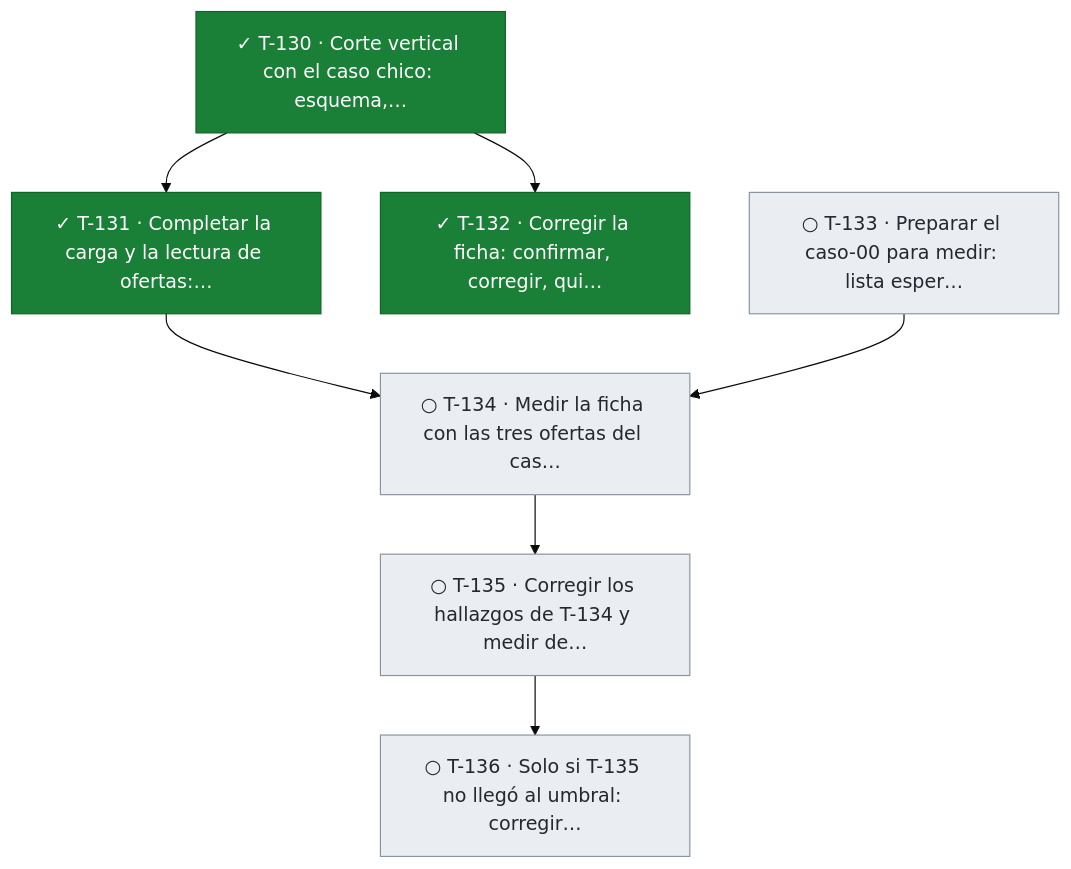
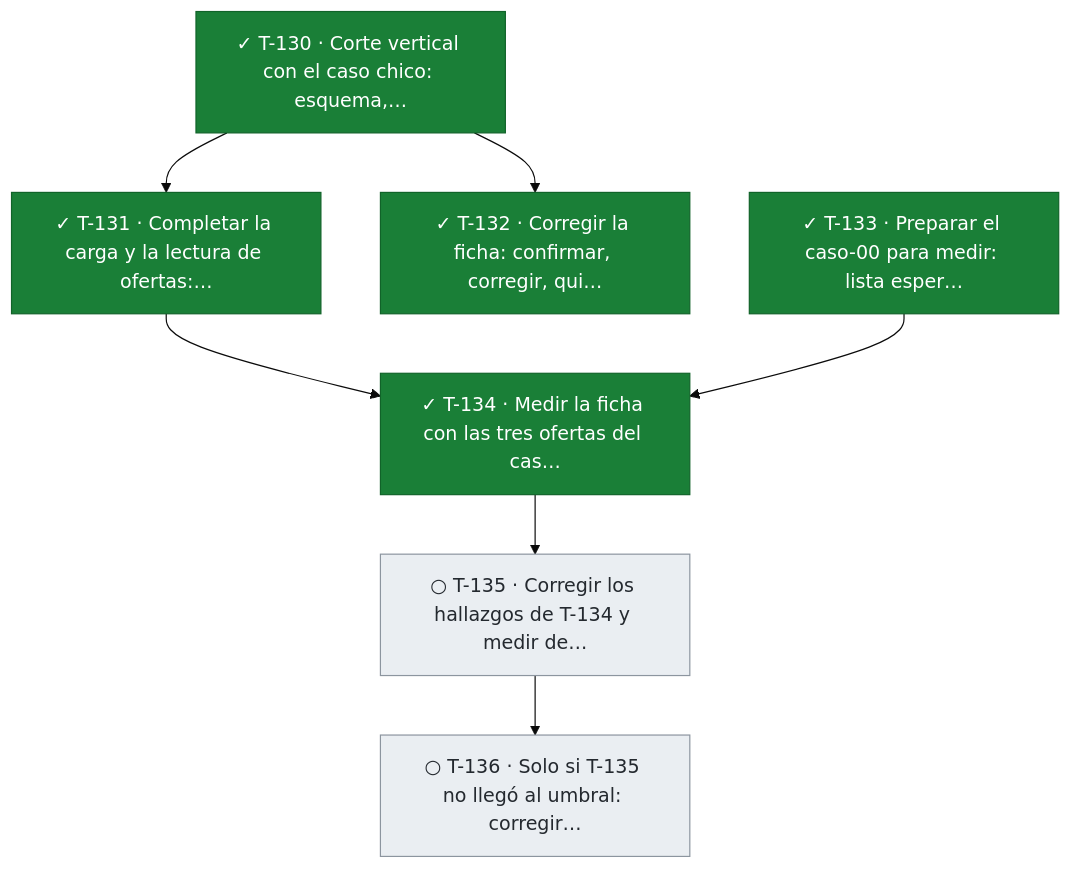
Before and after one commit to snavello/EVALUON: the seventh of 7 diagrams in docs/tablero.md, drawn with Mermaid (base theme). The commit also changed other lines of this file and 1 other file, not shown here.

Commit message:
gestión: informe de T-134 (medición base del caso-00) y T-133 terminada

````diff
--- a/docs/tablero.md
+++ b/docs/tablero.md
@@ -674,21 +674,21 @@
 ```mermaid
 flowchart TD
   T130["✓ T-130 · Corte vertical con el caso chico: esquema,…"]:::done
   T131["✓ T-131 · Completar la carga y la lectura de ofertas:…"]:::done
   T132["✓ T-132 · Corregir la ficha: confirmar, corregir, qui…"]:::done
-  T133["○ T-133 · Preparar el caso-00 para medir: lista esper…"]:::todo
-  T134["○ T-134 · Medir la ficha con las tres ofertas del cas…"]:::todo
+  T133["✓ T-133 · Preparar el caso-00 para medir: lista esper…"]:::done
+  T134["✓ T-134 · Medir la ficha con las tres ofertas del cas…"]:::done
   T135["○ T-135 · Corregir los hallazgos de T-134 y medir de…"]:::todo
   T136["○ T-136 · Solo si T-135 no llegó al umbral: corregir…"]:::todo
   T130 --> T131
   T130 --> T132
   T131 --> T134
   T133 --> T134
   T134 --> T135
   T135 --> T136
   classDef done fill:#1a7f37,stroke:#116329,color:#ffffff
   classDef review fill:#0969da,stroke:#0550ae,color:#ffffff
   classDef active fill:#bf8700,stroke:#7d4e00,color:#ffffff
   classDef blocked fill:#cf222e,stroke:#a40e26,color:#ffffff
   classDef todo fill:#eaeef2,stroke:#8c959f,color:#24292f
 ```
````
